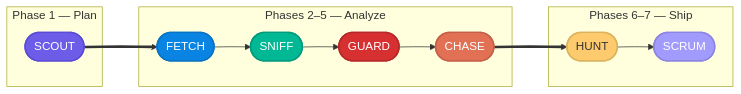
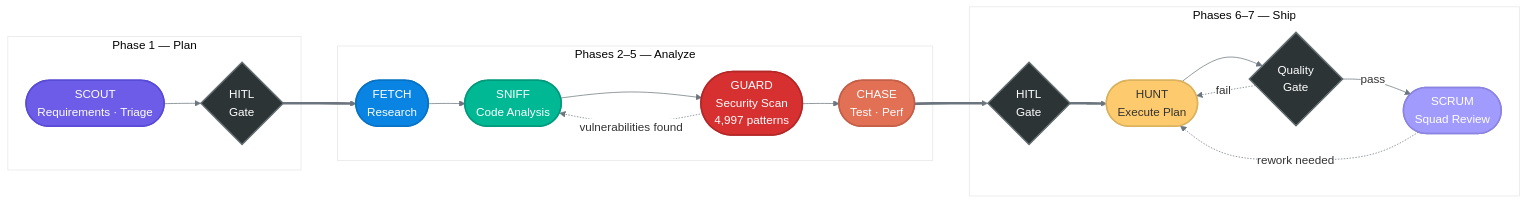
Before and after one commit to theLightArchitect/CORSO: the second of 2 diagrams in README.md, drawn with Mermaid. The commit also changed other lines of this file, not shown here.

Commit message:
Expand architecture: domain routing, AI providers, tool search, HITL gates, feedback loops

````diff
--- a/README.md
+++ b/README.md
@@ -55,33 +106,45 @@
 ```mermaid
+%%{init: {'theme': 'base', 'themeVariables': {'primaryColor': '#ffffff', 'lineColor': '#6c757d'}}}%%
 flowchart LR
     subgraph PLAN ["Phase 1 — Plan"]
-        S([SCOUT])
-    end
-    subgraph ANALYZE ["Phases 2–5 — Analyze"]
-        F([FETCH]) --> SN([SNIFF])
-        SN --> G([GUARD])
-        G --> C([CHASE])
-    end
-    subgraph SHIP ["Phases 6–7 — Ship"]
-        H([HUNT]) --> SC([SCRUM])
+        S(["SCOUT<br/>Requirements · Triage"])
+        S --> PG1{"HITL<br/>Gate"}
     end
 
-    S ==> F
-    C ==> H
+    PG1 ==> F
+
+    subgraph ANALYZE ["Phases 2–5 — Analyze"]
+        F(["FETCH<br/>Research"]) --> SN(["SNIFF<br/>Code Analysis"])
+        SN --> G(["GUARD<br/>Security Scan<br/>4,997 patterns"])
+        G --> C(["CHASE<br/>Test · Perf"])
+        G -.->|"vulnerabilities found"| SN
+    end
+
+    C ==> PG2
+
+    subgraph SHIP ["Phases 6–7 — Ship"]
+        PG2{"HITL<br/>Gate"} ==> H(["HUNT<br/>Execute Plan"])
+        H --> QG{"Quality<br/>Gate"}
+        QG -->|pass| SC(["SCRUM<br/>Squad Review"])
+        QG -.->|fail| H
+        SC -.->|"rework needed"| H
+    end
 
     classDef plan fill:#6c5ce7,color:#fff,stroke:#5a4bd6,stroke-width:2px
     classDef research fill:#0984e3,color:#fff,stroke:#0873c4,stroke-width:2px
     classDef code fill:#00b894,color:#fff,stroke:#009a7d,stroke-width:2px
     classDef security fill:#d63031,color:#fff,stroke:#b52828,stroke-width:2px
     classDef test fill:#e17055,color:#fff,stroke:#c45f48,stroke-width:2px
     classDef execute fill:#fdcb6e,color:#333,stroke:#dbb35e,stroke-width:2px
     classDef review fill:#a29bfe,color:#fff,stroke:#8b84e0,stroke-width:2px
+    classDef gate fill:#2d3436,color:#fff,stroke:#636e72,stroke-width:2px
 
     class S plan
     class F research
     class SN code
     class G security
     class C test
     class H execute
     class SC review
+    class PG1,PG2,QG gate
 ```
````
